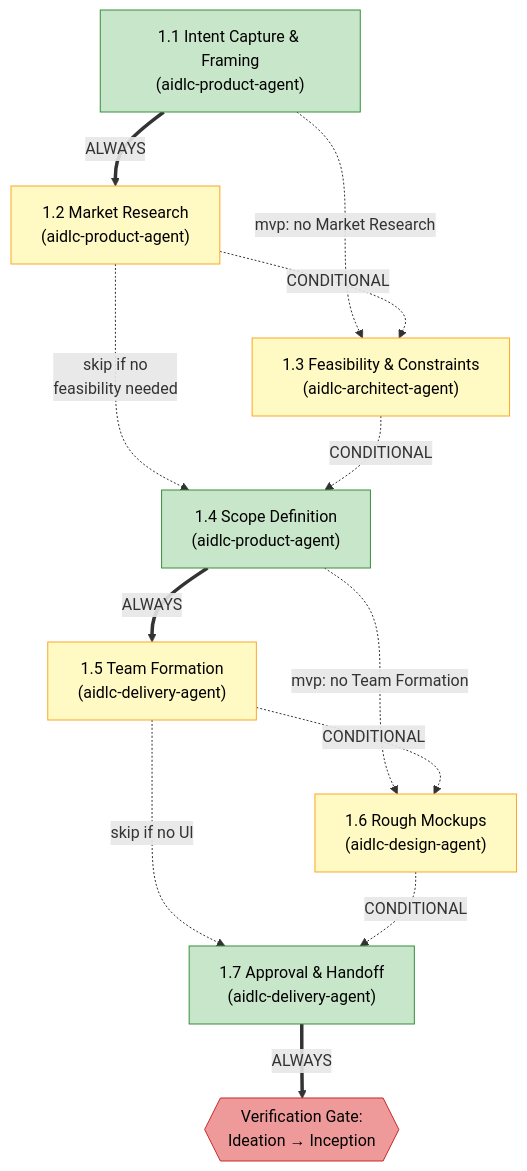
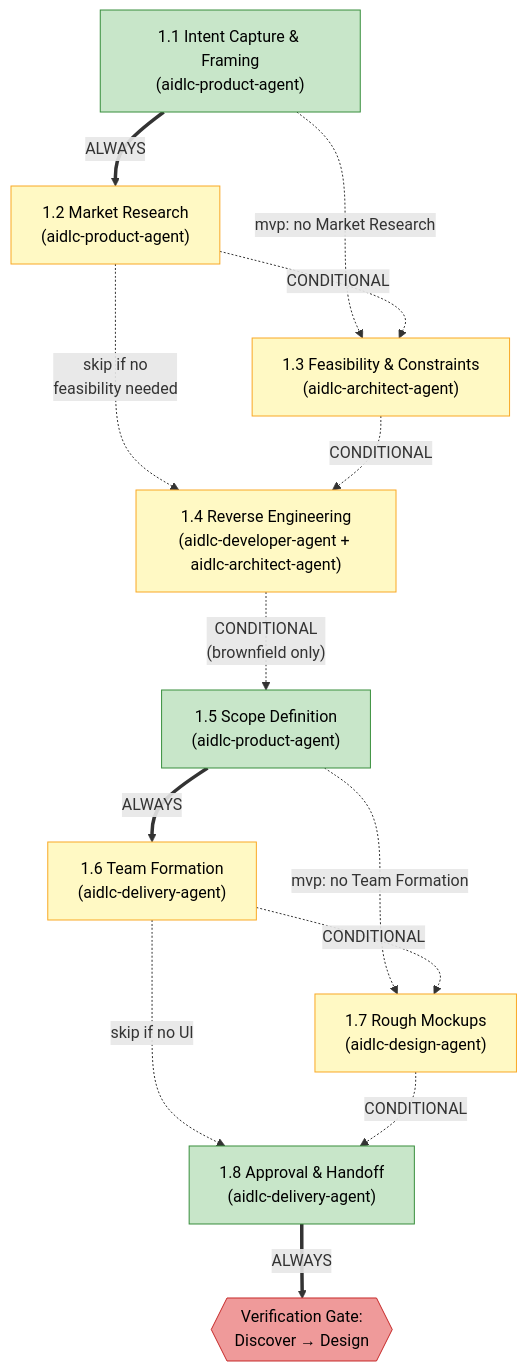
The second of 6 diagrams in docs/guide/04-phases-and-stages.md (devsoftx/aidlc-workflows), drawn with Mermaid before and after one commit. The commit also changed other lines of this file and 34 other files, not shown here.

````diff
--- a/docs/guide/04-phases-and-stages.md
+++ b/docs/guide/04-phases-and-stages.md
@@ -118,32 +140,35 @@
 ```mermaid
 flowchart TD
     S11["1.1 Intent Capture & Framing\n(aidlc-product-agent)"]
     S12["1.2 Market Research\n(aidlc-product-agent)"]
     S13["1.3 Feasibility & Constraints\n(aidlc-architect-agent)"]
-    S14["1.4 Scope Definition\n(aidlc-product-agent)"]
-    S15["1.5 Team Formation\n(aidlc-delivery-agent)"]
-    S16["1.6 Rough Mockups\n(aidlc-design-agent)"]
-    S17["1.7 Approval & Handoff\n(aidlc-delivery-agent)"]
-    VG1{{"Verification Gate:\nIdeation → Inception"}}
+    S14["1.4 Reverse Engineering\n(aidlc-developer-agent + aidlc-architect-agent)"]
+    S15["1.5 Scope Definition\n(aidlc-product-agent)"]
+    S16["1.6 Team Formation\n(aidlc-delivery-agent)"]
+    S17["1.7 Rough Mockups\n(aidlc-design-agent)"]
+    S18["1.8 Approval & Handoff\n(aidlc-delivery-agent)"]
+    VG1{{"Verification Gate:\nDiscover → Design"}}
 
     S11 ==>|ALWAYS| S12
     S11 -.->|"mvp: no Market Research"| S13
     S12 -.->|CONDITIONAL| S13
     S12 -.->|"skip if no\nfeasibility needed"| S14
     S13 -.->|CONDITIONAL| S14
-    S14 ==>|ALWAYS| S15
-    S14 -.->|"mvp: no Team Formation"| S16
-    S15 -.->|CONDITIONAL| S16
-    S15 -.->|"skip if no UI"| S17
+    S14 -.->|"CONDITIONAL\n(brownfield only)"| S15
+    S15 ==>|ALWAYS| S16
+    S15 -.->|"mvp: no Team Formation"| S17
     S16 -.->|CONDITIONAL| S17
-    S17 ==>|ALWAYS| VG1
+    S16 -.->|"skip if no UI"| S18
+    S17 -.->|CONDITIONAL| S18
+    S18 ==>|ALWAYS| VG1
 
     style S11 fill:#c8e6c9,stroke:#388e3c,color:#000
-    style S14 fill:#c8e6c9,stroke:#388e3c,color:#000
-    style S17 fill:#c8e6c9,stroke:#388e3c,color:#000
+    style S15 fill:#c8e6c9,stroke:#388e3c,color:#000
+    style S18 fill:#c8e6c9,stroke:#388e3c,color:#000
     style S12 fill:#fff9c4,stroke:#f9a825,color:#000
     style S13 fill:#fff9c4,stroke:#f9a825,color:#000
-    style S15 fill:#fff9c4,stroke:#f9a825,color:#000
+    style S14 fill:#fff9c4,stroke:#f9a825,color:#000
     style S16 fill:#fff9c4,stroke:#f9a825,color:#000
+    style S17 fill:#fff9c4,stroke:#f9a825,color:#000
     style VG1 fill:#ef9a9a,stroke:#c62828,color:#000
 ```
````
